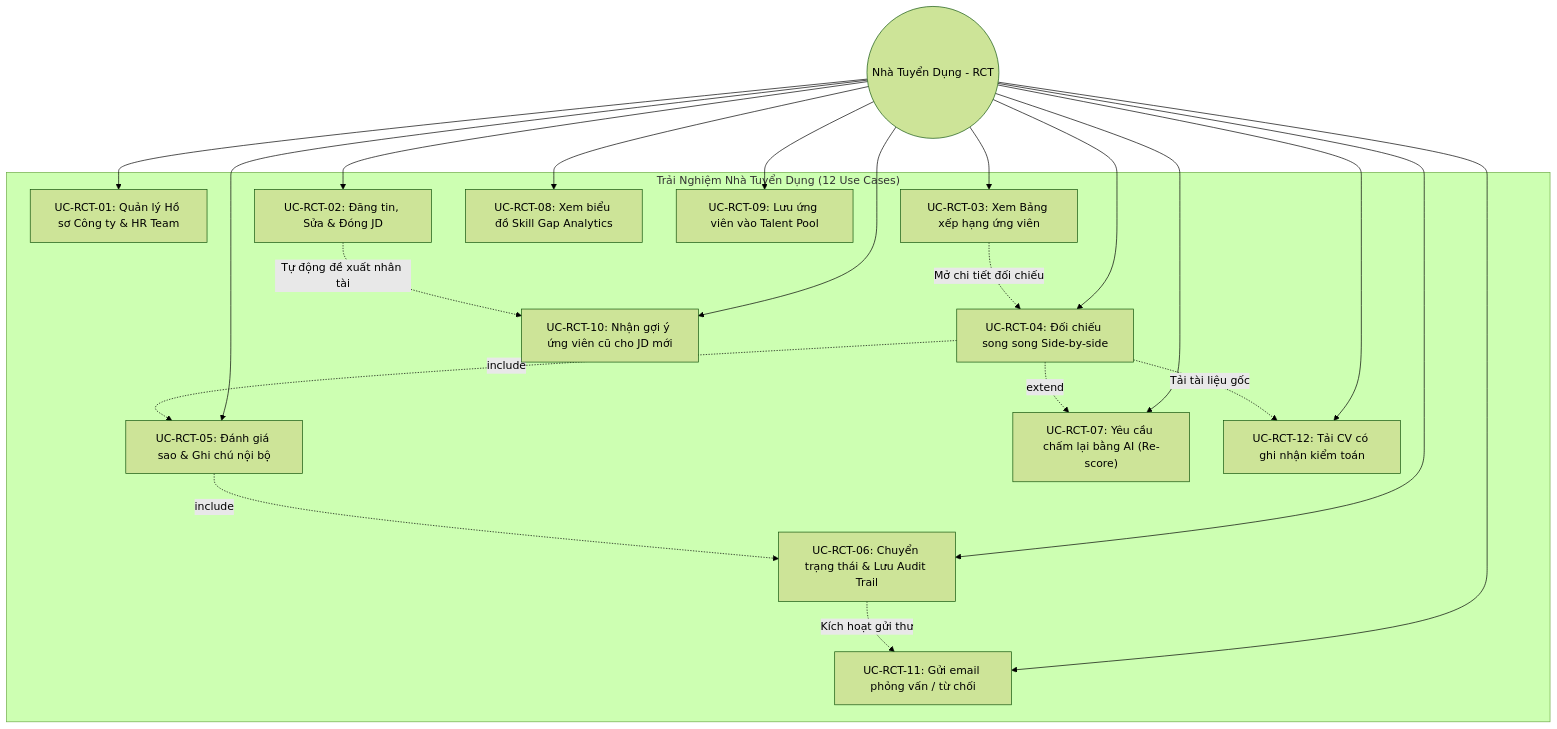
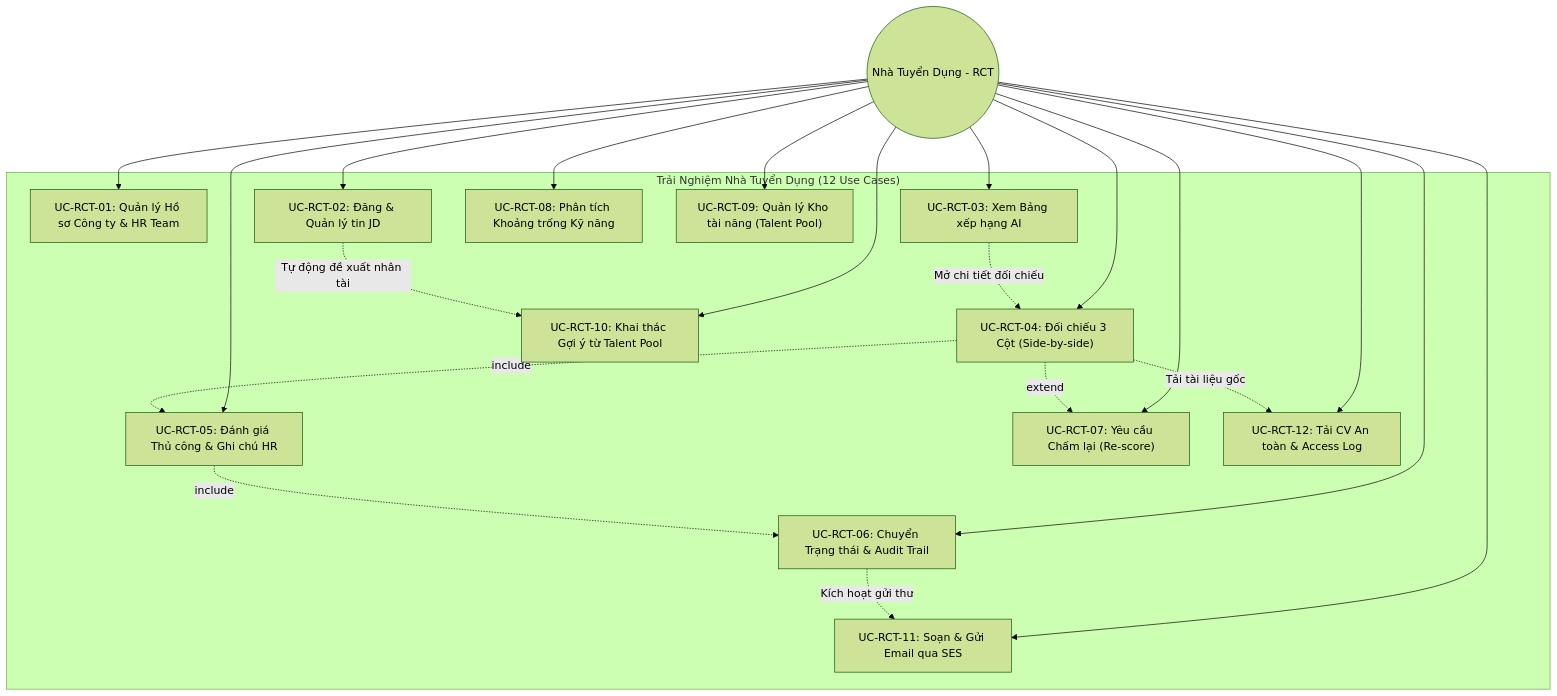
One commit to NguyenThanhTin235/aws-ai-cv-screening changed the second of 3 diagrams in docs/software/02-use-cases.md. Above: the diagram before and after it, drawn with Mermaid (forest theme). The commit also changed other lines of this file, not shown here.

````diff
--- a/docs/software/02-use-cases.md
+++ b/docs/software/02-use-cases.md
@@ -121,40 +130,40 @@
 ```mermaid
 graph TB
     Recruiter((Nhà Tuyển Dụng - RCT))
 
     subgraph RCT_Group["Trải Nghiệm Nhà Tuyển Dụng (12 Use Cases)"]
         UC12["UC-RCT-01: Quản lý Hồ sơ Công ty & HR Team"]
-        UC13["UC-RCT-02: Đăng tin, Sửa & Đóng JD"]
-        UC14["UC-RCT-03: Xem Bảng xếp hạng ứng viên"]
-        UC15["UC-RCT-04: Đối chiếu song song Side-by-side"]
-        UC16["UC-RCT-05: Đánh giá sao & Ghi chú nội bộ"]
-        UC17["UC-RCT-06: Chuyển trạng thái & Lưu Audit Trail"]
-        UC18["UC-RCT-07: Yêu cầu chấm lại bằng AI (Re-score)"]
-        UC19["UC-RCT-08: Xem biểu đồ Skill Gap Analytics"]
-        UC20["UC-RCT-09: Lưu ứng viên vào Talent Pool"]
-        UC21["UC-RCT-10: Nhận gợi ý ứng viên cũ cho JD mới"]
-        UC22["UC-RCT-11: Gửi email phỏng vấn / từ chối"]
-        UC23["UC-RCT-12: Tải CV có ghi nhận kiểm toán"]
+        UC13["UC-RCT-02: Đăng & Quản lý tin JD"]
+        UC14["UC-RCT-03: Xem Bảng xếp hạng AI"]
+        UC15["UC-RCT-04: Đối chiếu 3 Cột (Side-by-side)"]
+        UC16["UC-RCT-05: Đánh giá Thủ công & Ghi chú HR"]
+        UC17["UC-RCT-06: Chuyển Trạng thái & Audit Trail"]
+        UC18["UC-RCT-07: Yêu cầu Chấm lại (Re-score)"]
+        UC19["UC-RCT-08: Phân tích Khoảng trống Kỹ năng"]
+        UC20["UC-RCT-09: Quản lý Kho tài năng (Talent Pool)"]
+        UC21["UC-RCT-10: Khai thác Gợi ý từ Talent Pool"]
+        UC22["UC-RCT-11: Soạn & Gửi Email qua SES"]
+        UC23["UC-RCT-12: Tải CV An toàn & Access Log"]
     end
 
     Recruiter --> UC12
     Recruiter --> UC13
     Recruiter --> UC14
     Recruiter --> UC15
     Recruiter --> UC16
     Recruiter --> UC17
     Recruiter --> UC18
     Recruiter --> UC19
     Recruiter --> UC20
     Recruiter --> UC21
     Recruiter --> UC22
     Recruiter --> UC23
 
     UC14 -.->|Mở chi tiết đối chiếu| UC15
     UC15 -.->|include| UC16
     UC16 -.->|include| UC17
     UC17 -.->|Kích hoạt gửi thư| UC22
     UC15 -.->|Tải tài liệu gốc| UC23
     UC15 -.->|extend| UC18
     UC13 -.->|Tự động đề xuất nhân tài| UC21
 ```
````
